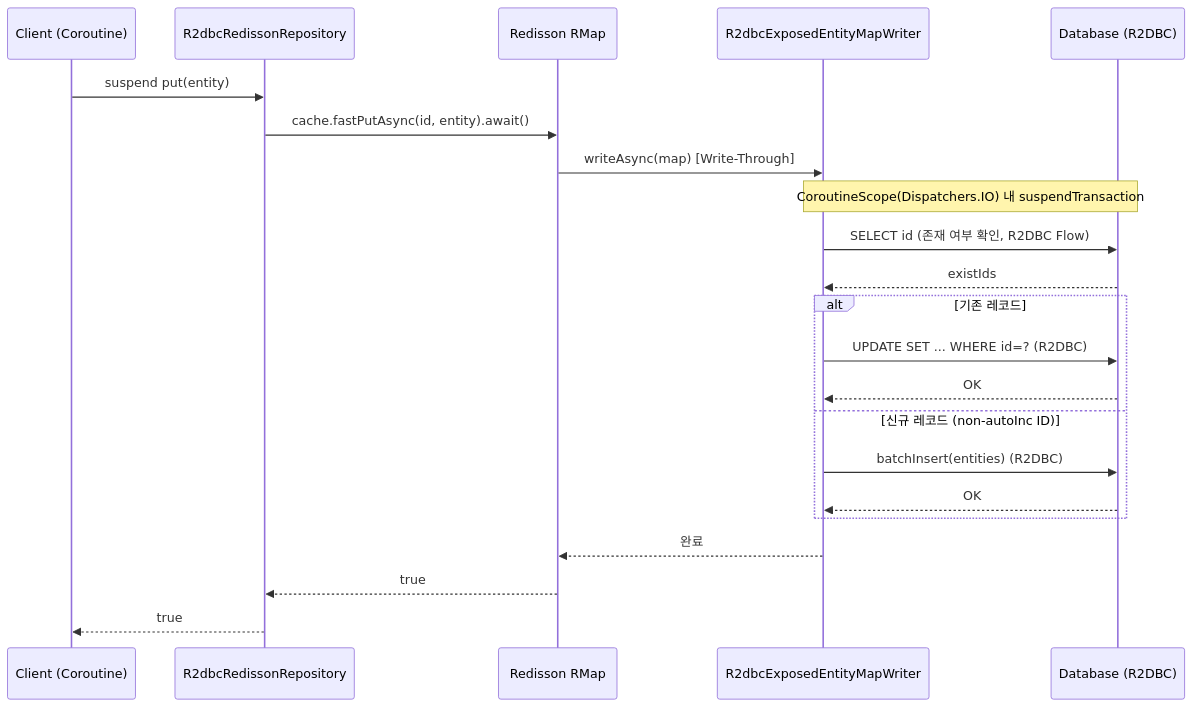
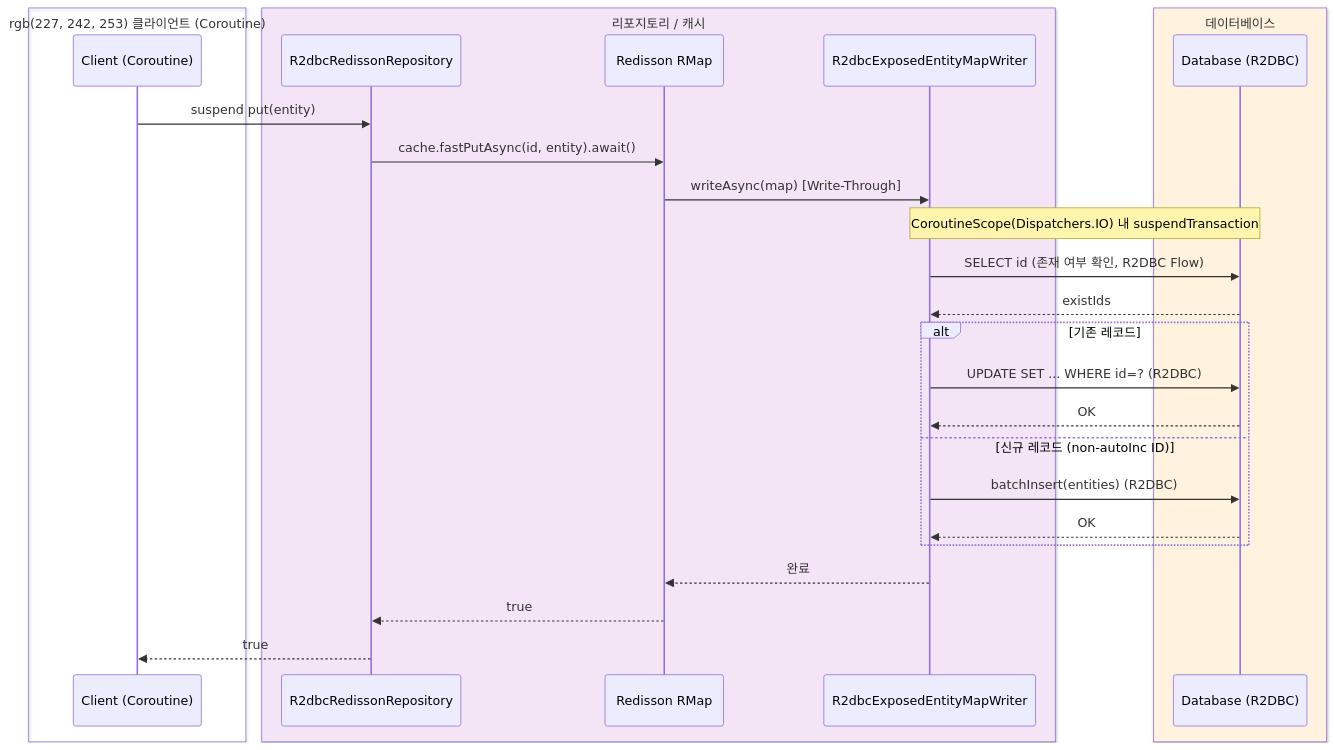
Before and after one commit to bluetape4k/bluetape4k-projects: the fourth of 5 diagrams in data/exposed-r2dbc-redisson/README.ko.md, drawn with Mermaid. The commit also changed other lines of this file and 221 other files, not shown here.

First line of the commit message:
docs: 전체 모듈 README UML 다이어그램 보강 및 색상 업그레이드

````diff
--- a/data/exposed-r2dbc-redisson/README.ko.md
+++ b/data/exposed-r2dbc-redisson/README.ko.md
@@ -259,24 +275,31 @@
 ```mermaid
 sequenceDiagram
-    participant Client as Client (Coroutine)
-    participant Repo as R2dbcRedissonRepository
-    participant RMap as Redisson RMap
-    participant Writer as R2dbcExposedEntityMapWriter
-    participant DB as Database (R2DBC)
+    box rgb(227, 242, 253) 클라이언트 (Coroutine)
+        participant Client as Client (Coroutine)
+    end
+    box rgb(243, 229, 245) 리포지토리 / 캐시
+        participant Repo as R2dbcRedissonRepository
+        participant RMap as Redisson RMap
+        participant Writer as R2dbcExposedEntityMapWriter
+    end
+    box rgb(255, 243, 224) 데이터베이스
+        participant DB as Database (R2DBC)
+    end
+
     Client ->> Repo: suspend put(entity)
     Repo ->> RMap: cache.fastPutAsync(id, entity).await()
     RMap ->> Writer: writeAsync(map) [Write-Through]
     Note over Writer, DB: CoroutineScope(Dispatchers.IO) 내 suspendTransaction
     Writer ->> DB: SELECT id (존재 여부 확인, R2DBC Flow)
     DB -->> Writer: existIds
     alt 기존 레코드
         Writer ->> DB: UPDATE SET ... WHERE id=? (R2DBC)
         DB -->> Writer: OK
     else 신규 레코드 (non-autoInc ID)
         Writer ->> DB: batchInsert(entities) (R2DBC)
         DB -->> Writer: OK
     end
     Writer -->> RMap: 완료
     RMap -->> Repo: true
     Repo -->> Client: true
 ```
````
